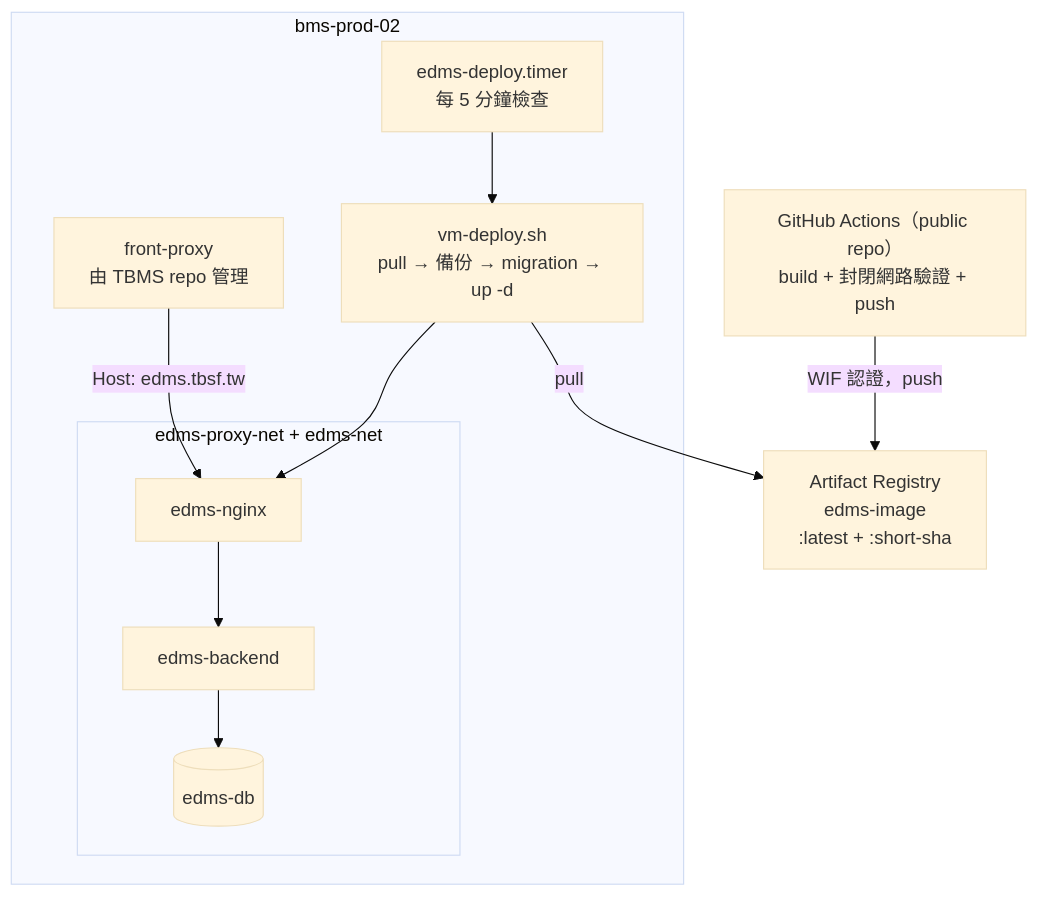
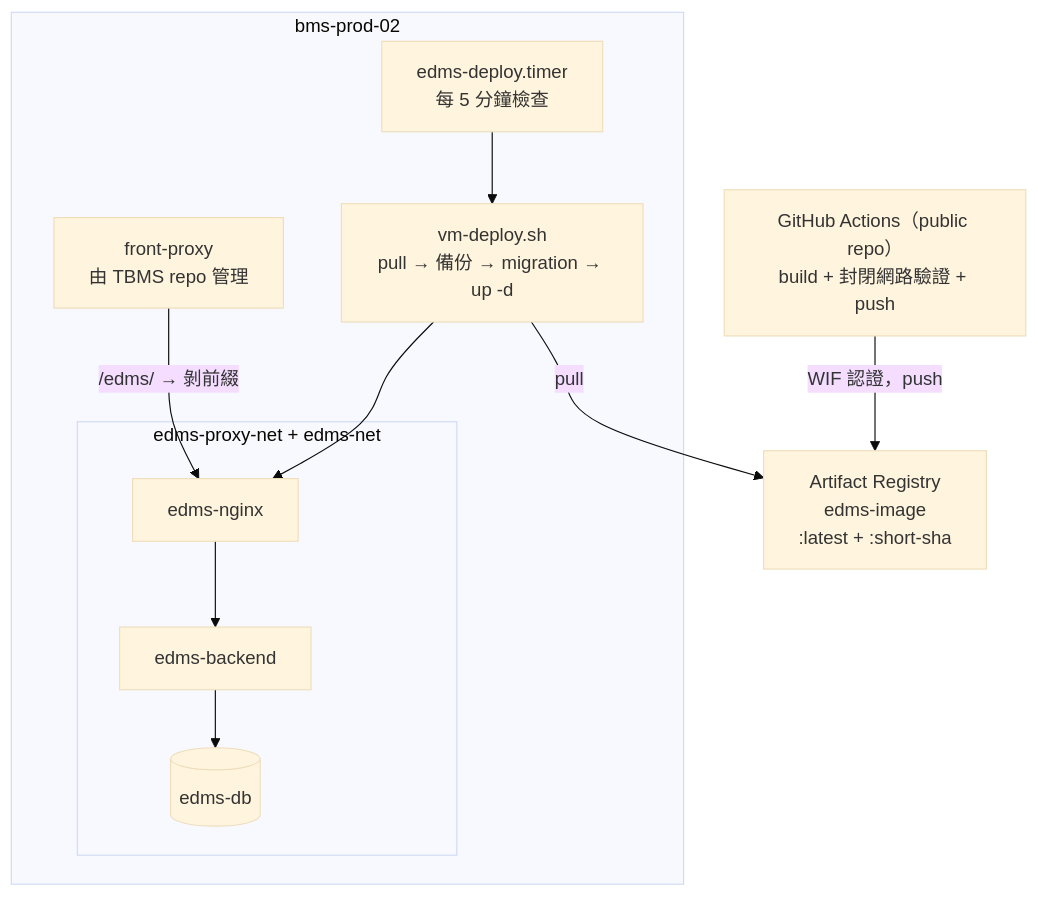
The diagram in docs/infra/deployment.md (sti-fhb/EDMS), drawn with Mermaid (base theme) before and after one commit. The commit also changed other lines of this file and 2 other files, not shown here.

First line of the commit message:
feat(gcp): 前端映像帶 /edms 路徑前綴，配合線上改為路徑分流

````diff
--- a/docs/infra/deployment.md
+++ b/docs/infra/deployment.md
@@ -31,23 +31,23 @@
 ```mermaid
 flowchart TD
     GH["GitHub Actions（public repo）<br/>build + 封閉網路驗證 + push"]
     AR["Artifact Registry<br/>edms-image<br/>:latest + :short-sha"]
 
     subgraph VM2["bms-prod-02"]
         T["edms-deploy.timer<br/>每 5 分鐘檢查"]
         D["vm-deploy.sh<br/>pull → 備份 → migration → up -d"]
         subgraph ENET["edms-proxy-net + edms-net"]
             EN["edms-nginx"]
             EB["edms-backend"]
             ED[("edms-db")]
         end
         PX["front-proxy<br/>由 TBMS repo 管理"]
     end
 
     GH -->|"WIF 認證，push"| AR
     T --> D
     D -->|"pull"| AR
     D --> EN
     EN --> EB --> ED
-    PX -->|"Host: edms.tbsf.tw"| EN
+    PX -->|"/edms/ → 剝前綴"| EN
 ```
````
